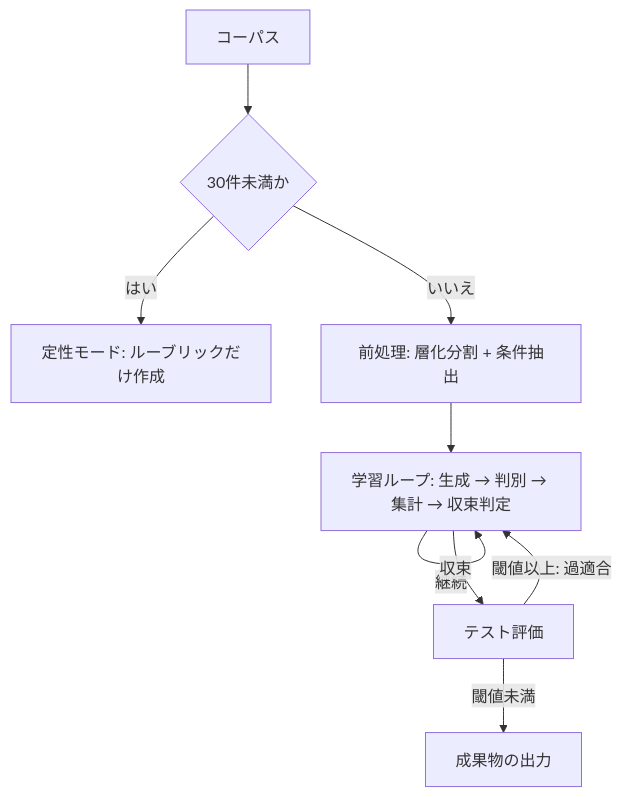
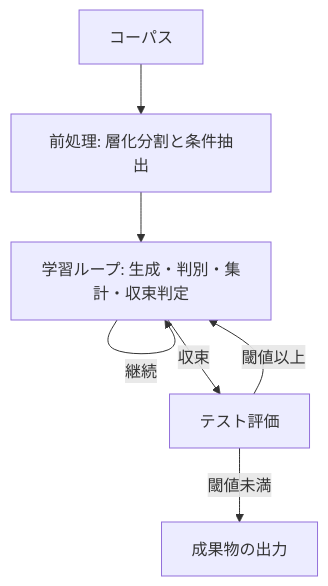
The diagram in skills/style-rubric/SKILL.md (yjn279/.claude), drawn with Mermaid before and after one commit. The commit also changed other lines of this file and 1 other file, not shown here.

````diff
--- a/skills/style-rubric/SKILL.md
+++ b/skills/style-rubric/SKILL.md
@@ -39,11 +37,9 @@
 ```mermaid
 flowchart TD
-  input[コーパス] --> count{30件未満か}
-  count -->|はい| qual[定性モード: ルーブリックだけ作成]
-  count -->|いいえ| split[前処理: 層化分割 + 条件抽出]
-  split --> loop[学習ループ: 生成 → 判別 → 集計 → 収束判定]
+  corpus[コーパス] --> split[前処理: 層化分割と条件抽出]
+  split --> loop[学習ループ: 生成・判別・集計・収束判定]
   loop -->|継続| loop
   loop -->|収束| test[テスト評価]
-  test -->|閾値以上: 過適合| loop
+  test -->|閾値以上| loop
   test -->|閾値未満| output[成果物の出力]
 ```
````
